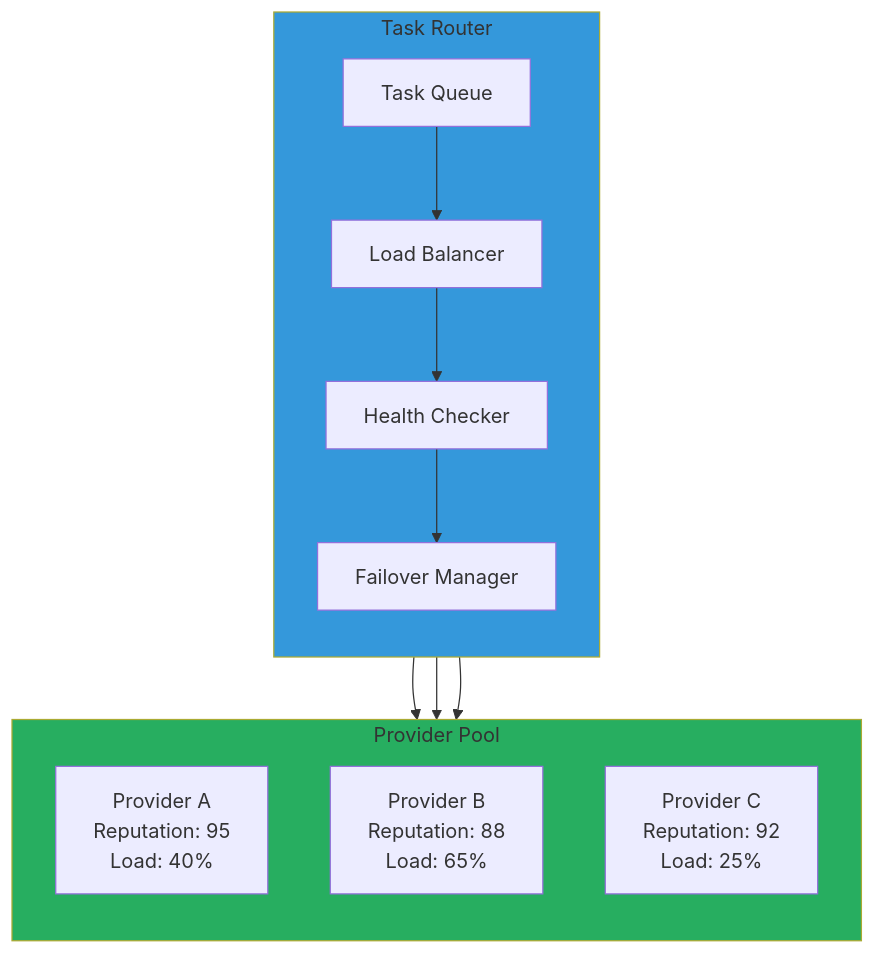
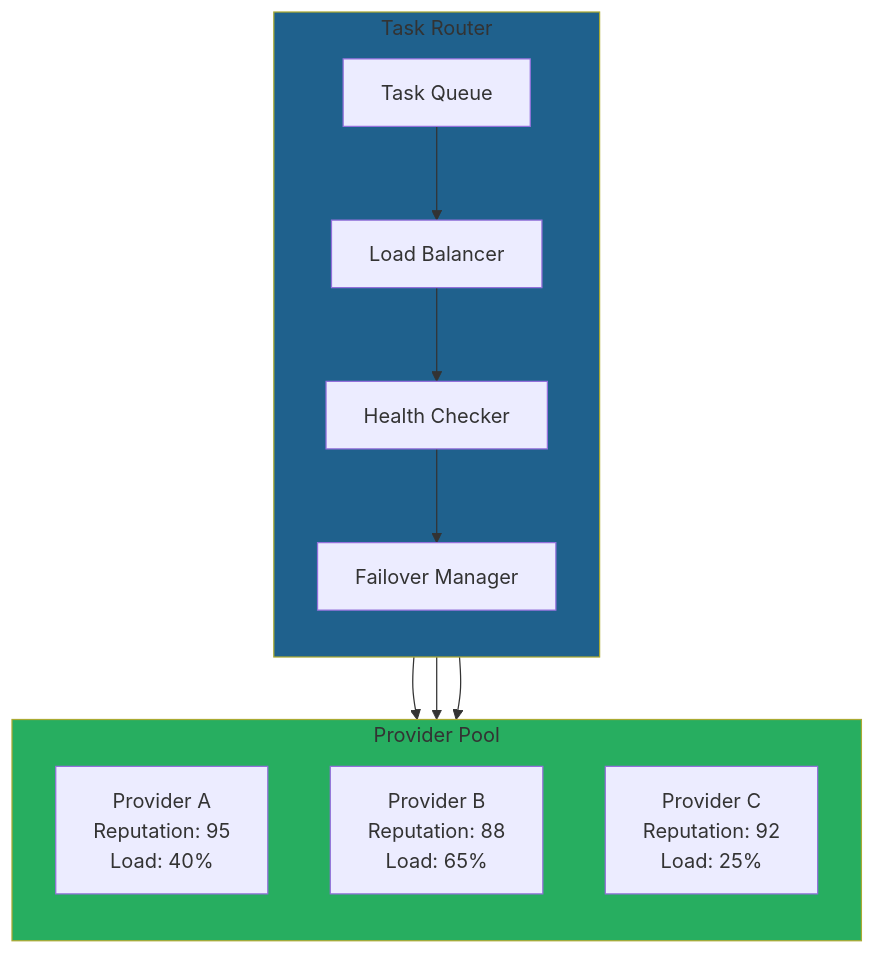
Before and after one commit to CipherOcto/cipherocto: the third of 10 diagrams in docs/03-technology/system-architecture.md, drawn with Mermaid. The commit also changed other lines of this file and 13 other files, not shown here.

First line of the commit message:
Improve Mermaid diagram accessibility: Fix color contrast

````diff
--- a/docs/03-technology/system-architecture.md
+++ b/docs/03-technology/system-architecture.md
@@ -85,25 +85,25 @@
 ```mermaid
 graph TB
     subgraph ROUTER["Task Router"]
         direction TB
         TQ[Task Queue]
         LB[Load Balancer]
         HS[Health Checker]
         FA[Failover Manager]
     end
 
     subgraph PROVIDERS["Provider Pool"]
         direction TB
         P1[Provider A<br/>Reputation: 95<br/>Load: 40%]
         P2[Provider B<br/>Reputation: 88<br/>Load: 65%]
         P3[Provider C<br/>Reputation: 92<br/>Load: 25%]
     end
 
     TQ --> LB --> HS --> FA
     FA --> P1
     FA --> P2
     FA --> P3
 
-    style ROUTER fill:#3498db
+    style ROUTER fill:#1f618d
     style PROVIDERS fill:#27ae60
 ```
````
